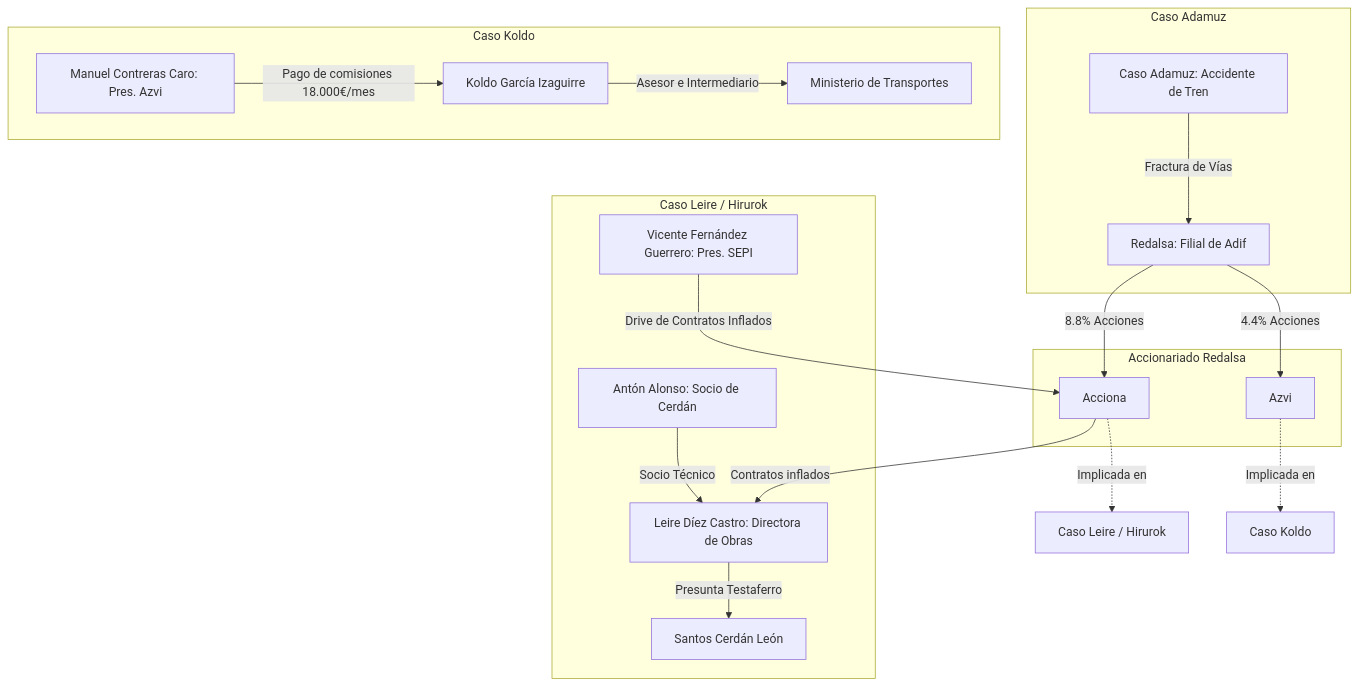
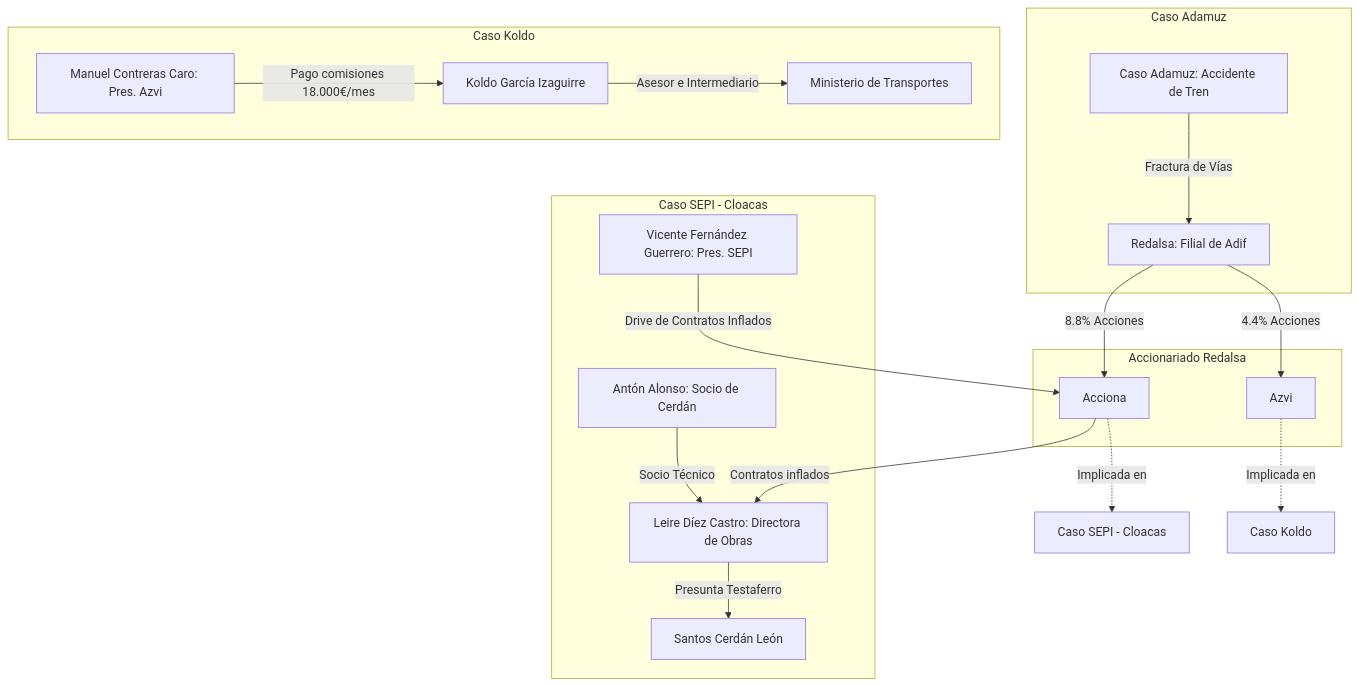
The first of 2 diagrams in content/analisis/matriz-conexiones-ocultas.md (hipomenes-melanion/corrupcion-politica-es), drawn with Mermaid before and after one commit. The commit also changed other lines of this file and 5 other files, not shown here.

````diff
--- a/content/analisis/matriz-conexiones-ocultas.md
+++ b/content/analisis/matriz-conexiones-ocultas.md
@@ -18,26 +18,26 @@
 ```mermaid
 graph TD
     subgraph Caso Adamuz
         AD[Caso Adamuz: Accidente de Tren] -->|Fractura de Vías| RED[Redalsa: Filial de Adif]
     end
     
     subgraph Accionariado Redalsa
         RED -->|8.8% Acciones| ACC[Acciona]
         RED -->|4.4% Acciones| AZV[Azvi]
     end
     
     subgraph Caso Koldo
-        MC[Manuel Contreras Caro: Pres. Azvi] -->|Pago de comisiones 18.000€/mes| KG[Koldo García Izaguirre]
+        MC[Manuel Contreras Caro: Pres. Azvi] -->|Pago comisiones 18.000€/mes| KG[Koldo García Izaguirre]
         KG -->|Asesor e Intermediario| AM[Ministerio de Transportes]
     end
     
-    subgraph Caso Leire / Hirurok
+    subgraph Caso SEPI - Cloacas
         ACC -->|Contratos inflados| LD[Leire Díez Castro: Directora de Obras]
         LD -->|Presunta Testaferro| SC[Santos Cerdán León]
         VF[Vicente Fernández Guerrero: Pres. SEPI] -->|Drive de Contratos Inflados| ACC
         AA[Antón Alonso: Socio de Cerdán] -->|Socio Técnico| LD
     end
 
-    ACC -.->|Implicada en| CasoLeire[Caso Leire / Hirurok]
+    ACC -.->|Implicada en| CasoLeire[Caso SEPI - Cloacas]
     AZV -.->|Implicada en| CasoKoldo[Caso Koldo]
 ```
````
